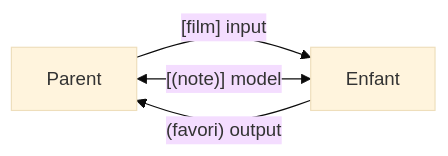
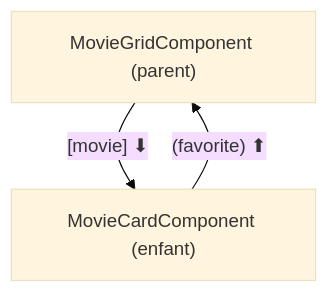
One commit to galsen-76/Informatique- changed the diagram in 07-Frameworks/Angular/ANG-19-Communication-Composants.md. Above: the diagram before and after it, drawn with Mermaid (base theme). The commit also changed other lines of this file and 28 other files, not shown here.

````diff
--- a/07-Frameworks/Angular/ANG-19-Communication-Composants.md
+++ b/07-Frameworks/Angular/ANG-19-Communication-Composants.md
@@ -72,6 +28,5 @@
 ```mermaid
-flowchart LR
-  P["Parent"] -->|"[film] input"| E["Enfant"]
-  E -->|"(favori) output"| P
-  P <-->|"[(note)] model"| E
+flowchart TB
+  P["MovieGridComponent (parent)"] -->|"[movie] ⬇"| E["MovieCardComponent (enfant)"]
+  E -->|"(favorite) ⬆"| P
 ```
````
